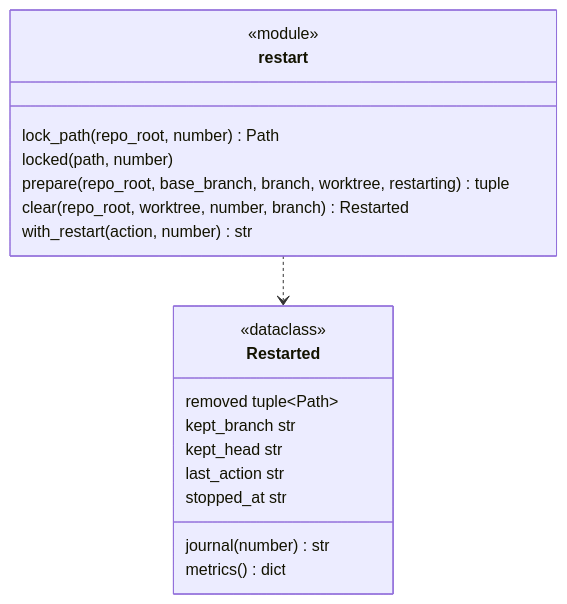
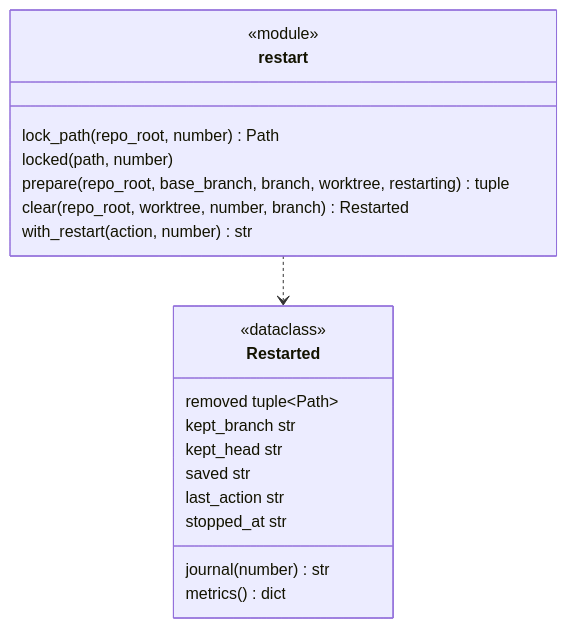
One commit to plaplanche/ariane changed the second of 3 diagrams in docs/architecture/modules/restart.md. Above: the diagram before and after it, drawn with Mermaid. The commit also changed other lines of this file and 9 other files, not shown here.

````diff
--- a/docs/architecture/modules/restart.md
+++ b/docs/architecture/modules/restart.md
@@ -49,22 +51,23 @@
 ```mermaid
 classDiagram
 class Restarted {
   <<dataclass>>
   removed tuple~Path~
   kept_branch str
   kept_head str
+  saved str
   last_action str
   stopped_at str
   journal(number) str
   metrics() dict
 }
 class restart {
   <<module>>
   lock_path(repo_root, number) Path
   locked(path, number)
   prepare(repo_root, base_branch, branch, worktree, restarting) tuple
   clear(repo_root, worktree, number, branch) Restarted
   with_restart(action, number) str
 }
 restart ..> Restarted
 ```
````
